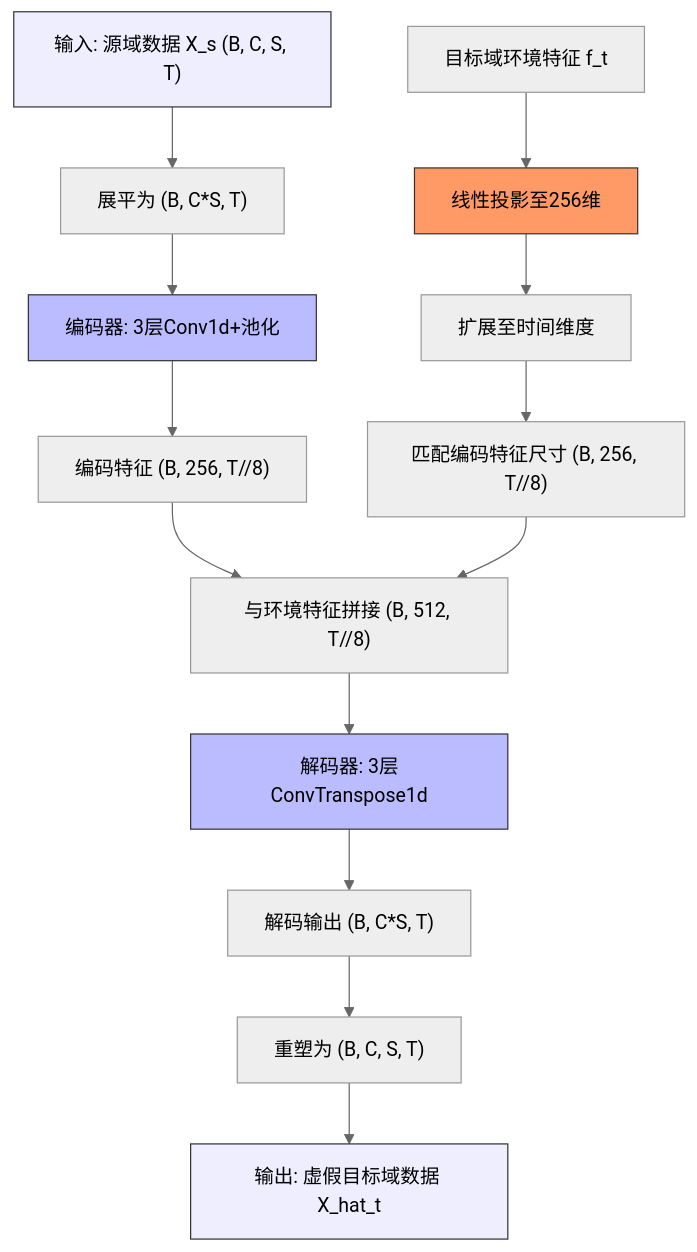
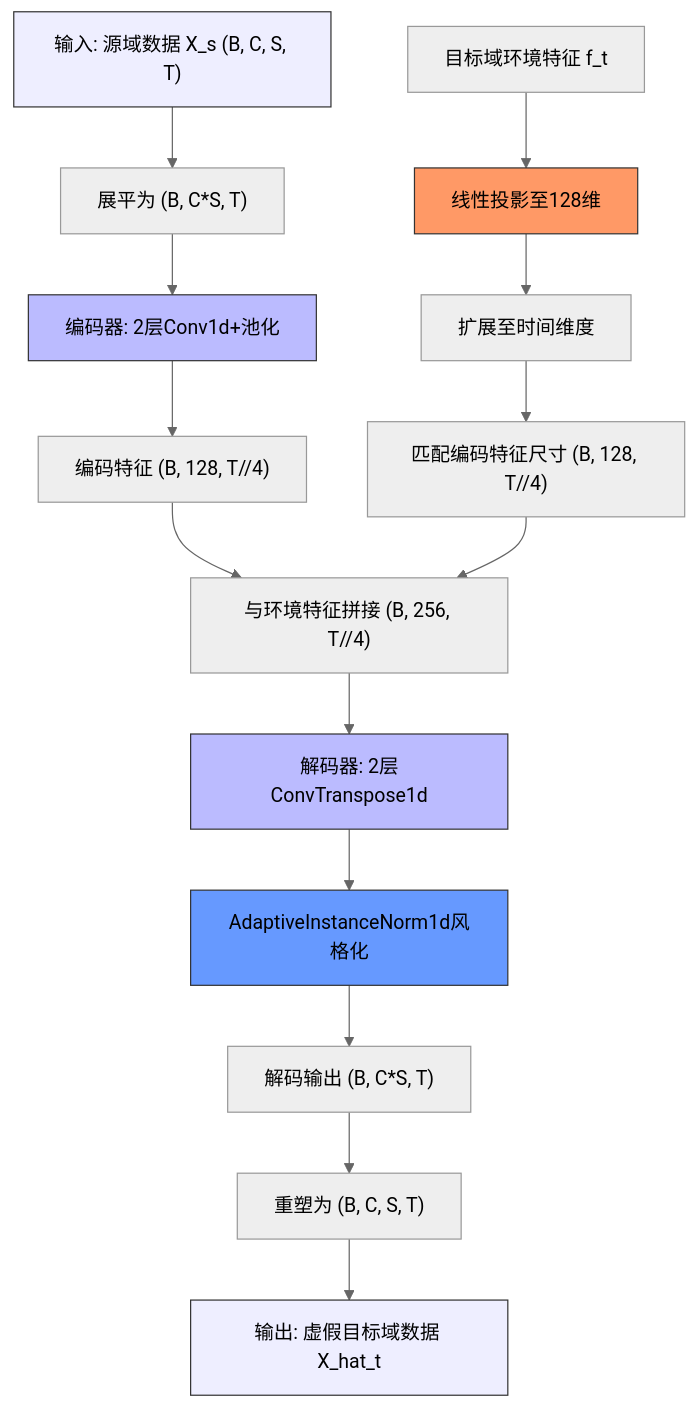
One commit to Opao-heng/CSI changed the third of 8 diagrams in .qoder/repowiki/zh/content/生成对抗网络（GAN）模型/生成对抗网络（GAN）模型.md. Above: the diagram before and after it, drawn with Mermaid (neutral theme). The commit also changed other lines of this file and 35 other files, not shown here.

````diff
--- a/.qoder/repowiki/zh/content/生成对抗网络（GAN）模型/生成对抗网络（GAN）模型.md
+++ b/.qoder/repowiki/zh/content/生成对抗网络（GAN）模型/生成对抗网络（GAN）模型.md
@@ -90,20 +104,22 @@
 ```mermaid
 flowchart TD
 Input["输入: 源域数据 X_s (B, C, S, T)"] --> Flatten["展平为 (B, C*S, T)"]
-Flatten --> Encoder["编码器: 3层Conv1d+池化"]
-Encoder --> Encoded["编码特征 (B, 256, T//8)"]
-EnvFeature["目标域环境特征 f_t"] --> Proj["线性投影至256维"]
+Flatten --> Encoder["编码器: 2层Conv1d+池化"]
+Encoder --> Encoded["编码特征 (B, 128, T//4)"]
+EnvFeature["目标域环境特征 f_t"] --> Proj["线性投影至128维"]
 Proj --> Expand["扩展至时间维度"]
-Expand --> Matched["匹配编码特征尺寸 (B, 256, T//8)"]
-Encoded --> Combined["与环境特征拼接 (B, 512, T//8)"]
+Expand --> Matched["匹配编码特征尺寸 (B, 128, T//4)"]
+Encoded --> Combined["与环境特征拼接 (B, 256, T//4)"]
 Matched --> Combined
-Combined --> Decoder["解码器: 3层ConvTranspose1d"]
-Decoder --> OutputFlat["解码输出 (B, C*S, T)"]
+Combined --> Decoder["解码器: 2层ConvTranspose1d"]
+Decoder --> Style["AdaptiveInstanceNorm1d风格化"]
+Style --> OutputFlat["解码输出 (B, C*S, T)"]
 OutputFlat --> Reshape["重塑为 (B, C, S, T)"]
 Reshape --> Output["输出: 虚假目标域数据 X_hat_t"]
 style Input fill:#eef,stroke:#333
 style Output fill:#eef,stroke:#333
 style Encoder fill:#bbf,stroke:#333
 style Decoder fill:#bbf,stroke:#333
 style Proj fill:#f96,stroke:#333
+style Style fill:#69f,stroke:#333
 ```
````
